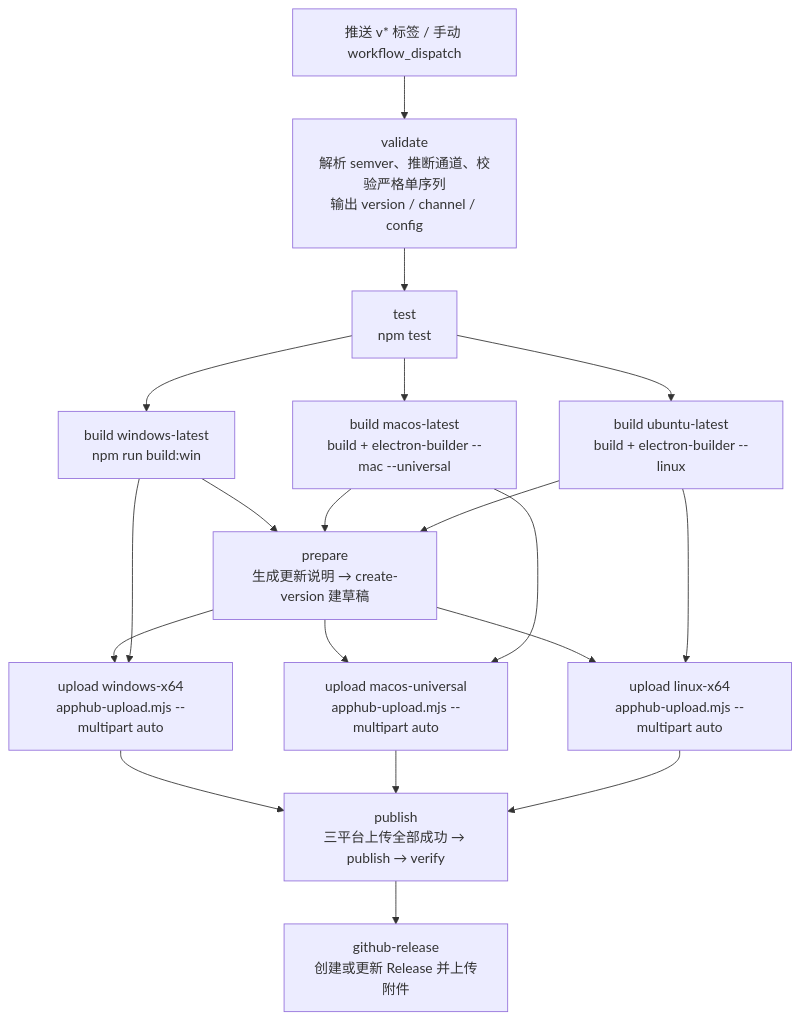
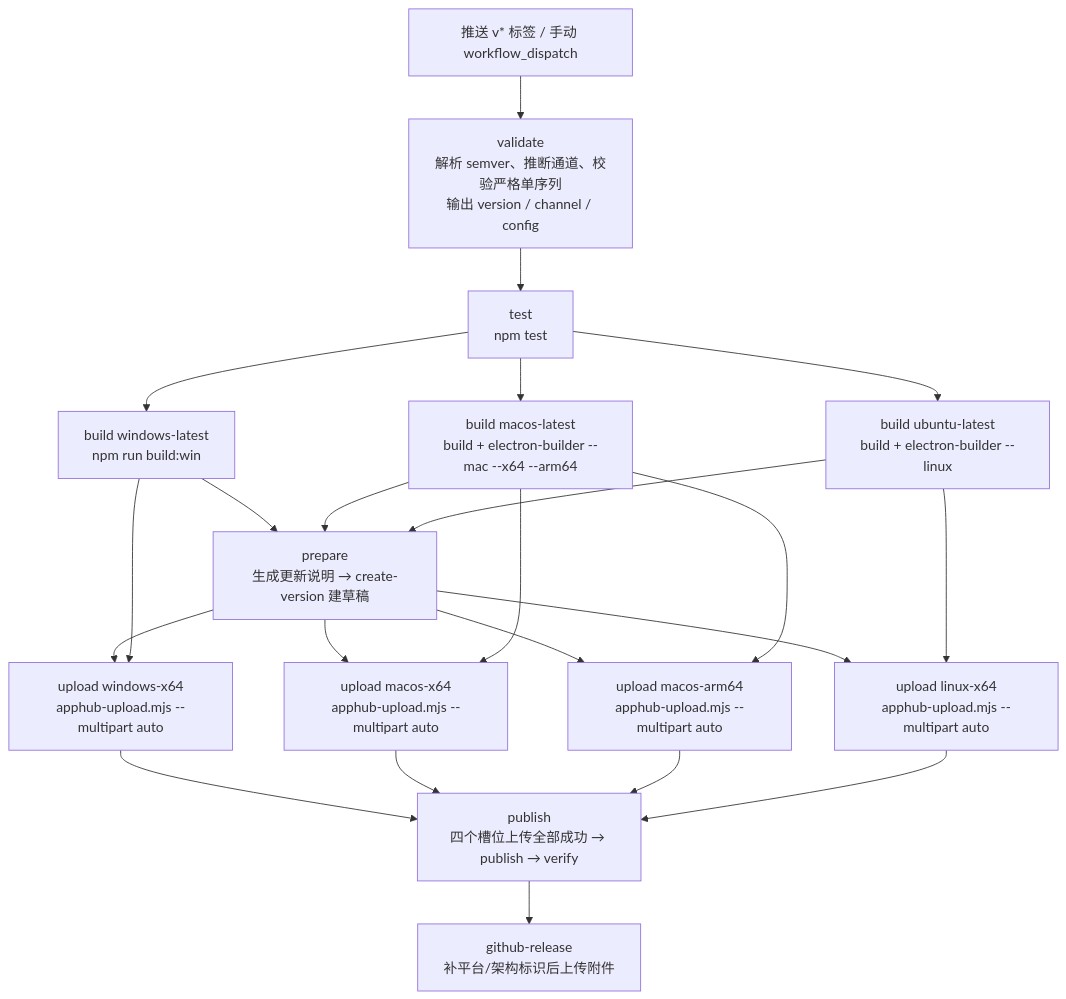
The second of 2 diagrams in docs/构建与发布.md (Harley-xk/mark-it), drawn with Mermaid before and after one commit. The commit also changed other lines of this file and 11 other files, not shown here.

Commit message:
ci(release): macOS 分架构发布并按平台架构命名 Release 附件

````diff
--- a/docs/构建与发布.md
+++ b/docs/构建与发布.md
@@ -277,21 +279,24 @@
 ```mermaid
 flowchart TD
     T["推送 v* 标签 / 手动 workflow_dispatch"] --> V["validate<br/>解析 semver、推断通道、校验严格单序列<br/>输出 version / channel / config"]
     V --> UT["test<br/>npm test"]
     UT --> W["build windows-latest<br/>npm run build:win"]
-    UT --> M["build macos-latest<br/>build + electron-builder --mac --universal"]
+    UT --> M["build macos-latest<br/>build + electron-builder --mac --x64 --arm64"]
     UT --> L["build ubuntu-latest<br/>build + electron-builder --linux"]
     W --> PR["prepare<br/>生成更新说明 → create-version 建草稿"]
     M --> PR
     L --> PR
     PR --> UW["upload windows-x64<br/>apphub-upload.mjs --multipart auto"]
-    PR --> UM["upload macos-universal<br/>apphub-upload.mjs --multipart auto"]
+    PR --> MX["upload macos-x64<br/>apphub-upload.mjs --multipart auto"]
+    PR --> MA["upload macos-arm64<br/>apphub-upload.mjs --multipart auto"]
     PR --> UL["upload linux-x64<br/>apphub-upload.mjs --multipart auto"]
     W --> UW
-    M --> UM
+    M --> MX
+    M --> MA
     L --> UL
-    UW --> P["publish<br/>三平台上传全部成功 → publish → verify"]
-    UM --> P
+    UW --> P["publish<br/>四个槽位上传全部成功 → publish → verify"]
+    MX --> P
+    MA --> P
     UL --> P
-    P --> G["github-release<br/>创建或更新 Release 并上传附件"]
+    P --> G["github-release<br/>补平台/架构标识后上传附件"]
 ```
````
